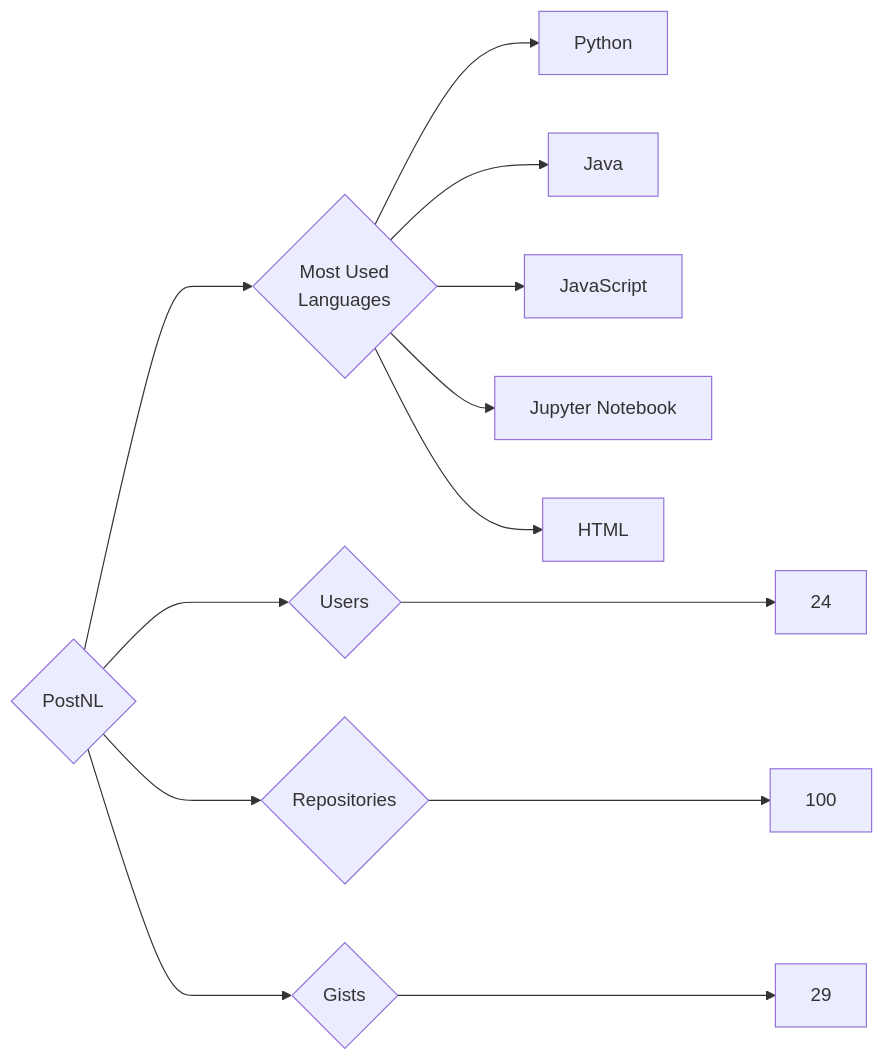
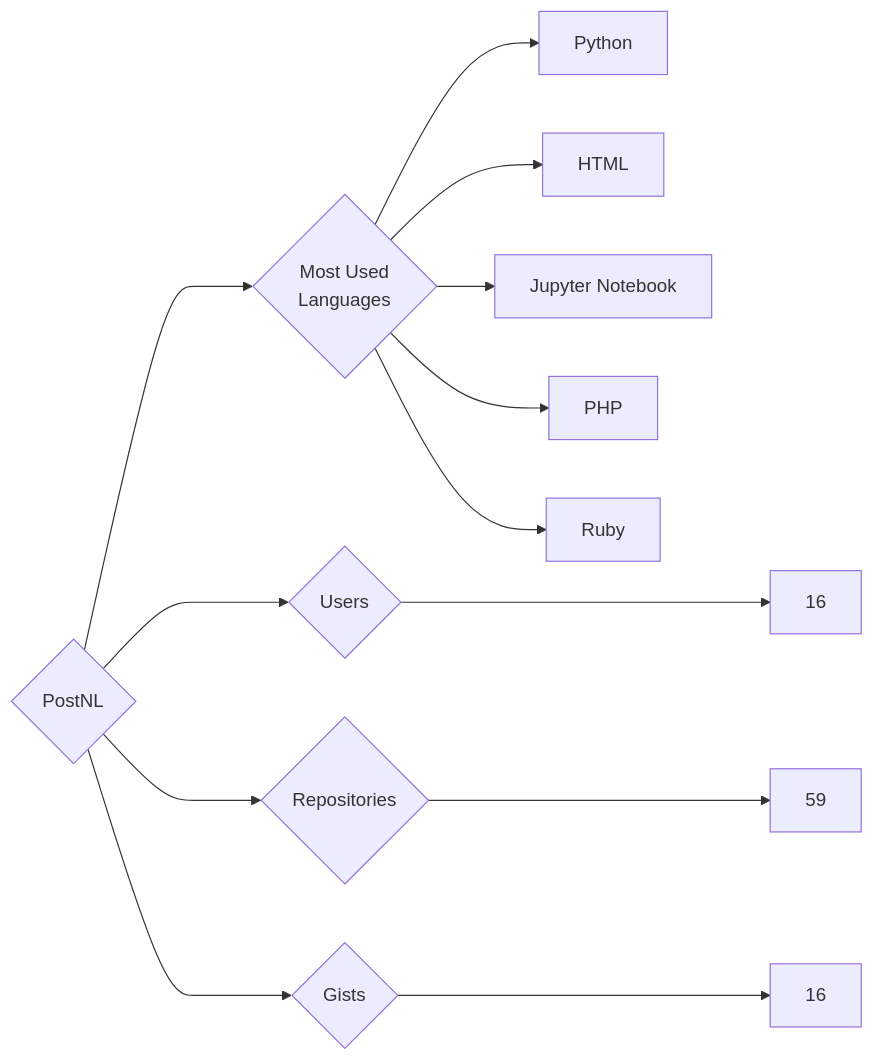
The diagram in targets/PostNL/README.md (trickest/insiders), drawn with Mermaid before and after one commit. The commit also changed 953 other files, not shown here.

````diff
--- a/targets/PostNL/README.md
+++ b/targets/PostNL/README.md
@@ -3,13 +3,13 @@
 ```mermaid
 graph LR
 COMPANY_NAME{PostNL}
-COMPANY_NAME ---> U{Users} ---> UN[24]
-COMPANY_NAME ---> R{Repositories} ---> RN[100]
-COMPANY_NAME ---> G{Gists} ---> GN[29]
+COMPANY_NAME ---> U{Users} ---> UN[16]
+COMPANY_NAME ---> R{Repositories} ---> RN[59]
+COMPANY_NAME ---> G{Gists} ---> GN[16]
 COMPANY_NAME ---> ML{Most Used<br>Languages}
 ML --> Python[Python]
-ML --> Java[Java]
-ML --> JavaScript[JavaScript]
+ML --> HTML[HTML]
 ML --> Jupyter_Notebook[Jupyter Notebook]
-ML --> HTML[HTML]
+ML --> PHP[PHP]
+ML --> Ruby[Ruby]
 ```
````
